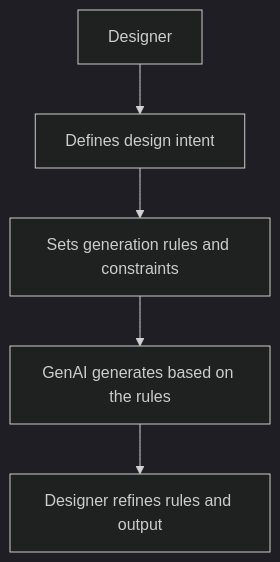
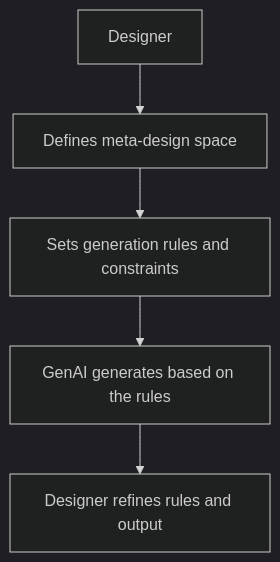
The second of 2 diagrams in Proposal/drafts/Proposal.md (tllll64/meta_design), drawn with Mermaid (dark theme) before and after one commit. The commit also changed other lines of this file and 22 other files, not shown here.

````diff
--- a/Proposal/drafts/Proposal.md
+++ b/Proposal/drafts/Proposal.md
@@ -79,7 +79,7 @@
 ```mermaid
 flowchart TD
-    A[Designer] --> B[Defines design intent]
+    A[Designer] --> B[Defines meta-design space]
     B --> C[Sets generation rules and constraints]
     C --> D[GenAI generates based on the rules]
     D --> E[Designer refines rules and output]
 ```
````
